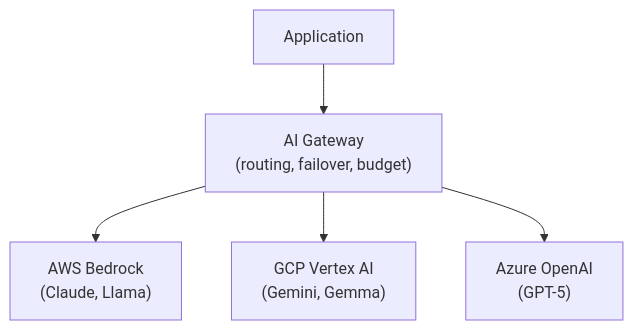
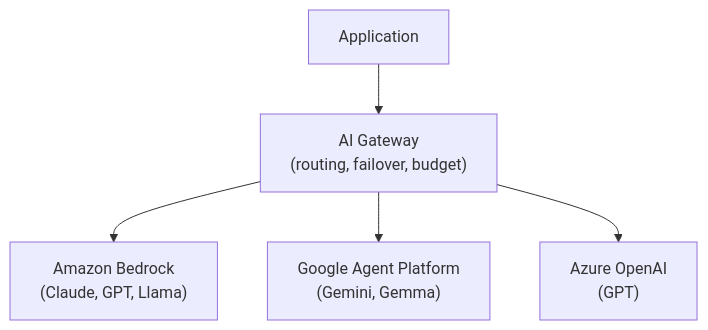
Before and after one commit to riddam/riddam.github.io: diagram 11 of 12 in src/content/guides/ai-architecture-master-guide.md, drawn with Mermaid. The commit also changed other lines of this file and 5 other files, not shown here.

````diff
--- a/src/content/guides/ai-architecture-master-guide.md
+++ b/src/content/guides/ai-architecture-master-guide.md
@@ -546,7 +547,7 @@
 ```mermaid
 flowchart TD
     A["Application"] --> G["AI Gateway<br/>(routing, failover, budget)"]
-    G --> B["AWS Bedrock<br/>(Claude, Llama)"]
-    G --> C["GCP Vertex AI<br/>(Gemini, Gemma)"]
-    G --> D["Azure OpenAI<br/>(GPT-5)"]
+    G --> B["Amazon Bedrock<br/>(Claude, GPT, Llama)"]
+    G --> C["Google Agent Platform<br/>(Gemini, Gemma)"]
+    G --> D["Azure OpenAI<br/>(GPT)"]
 ```
````
